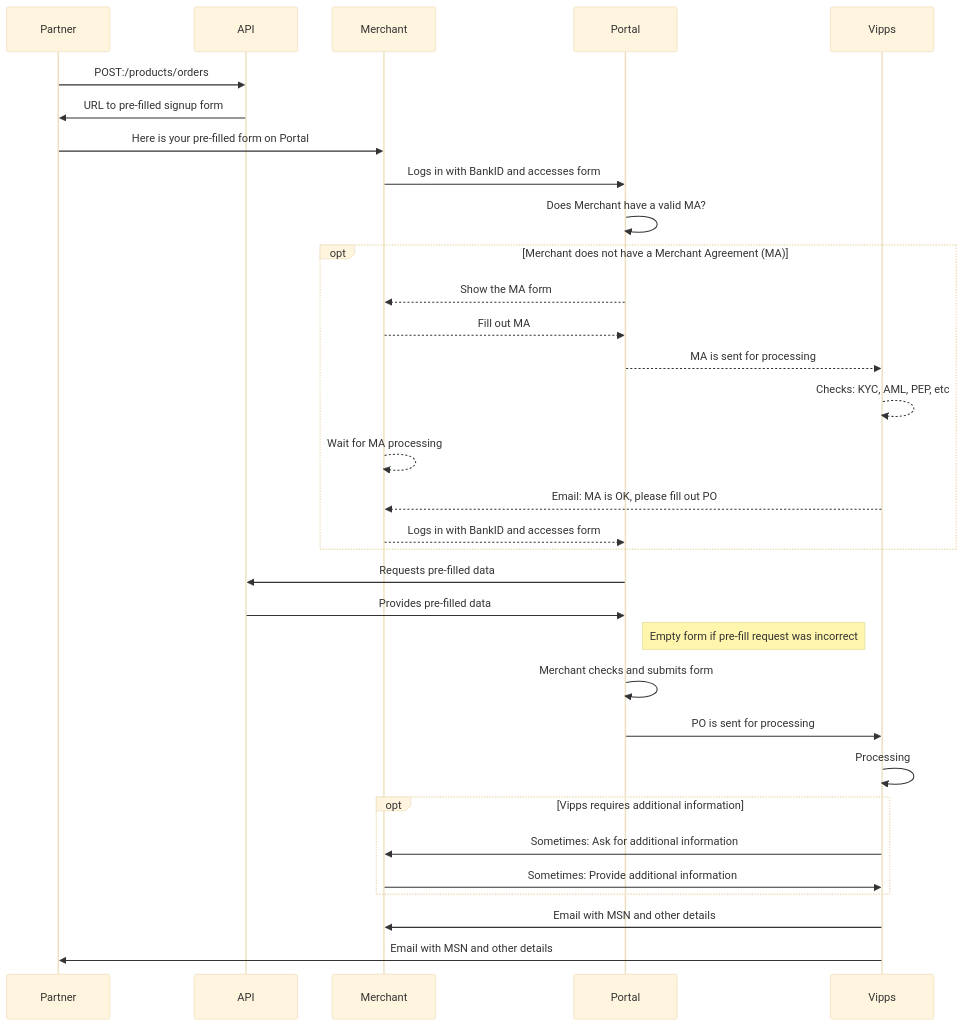
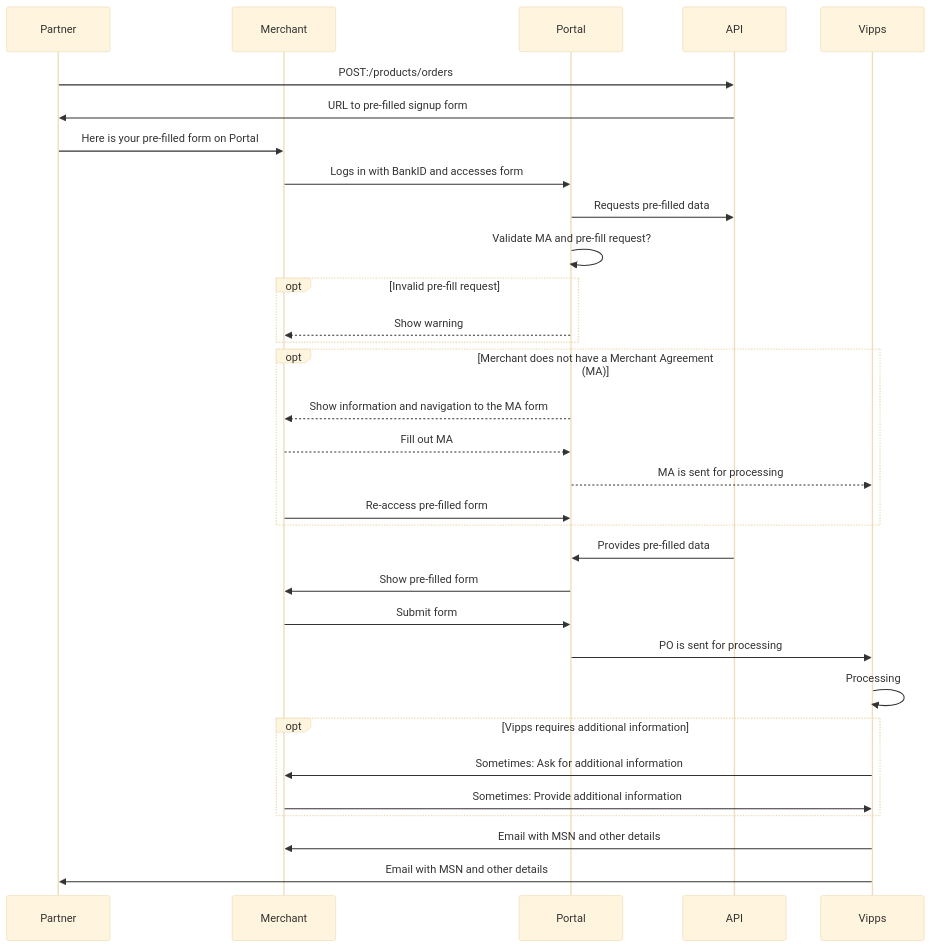
One commit to vippsas/vipps-partner-api changed the third of 3 diagrams in vipps-partner-api.md. Above: the diagram before and after it, drawn with Mermaid (base theme).

Commit message:
Updated sequence diagram

````diff
--- a/vipps-partner-api.md
+++ b/vipps-partner-api.md
@@ -223,34 +223,34 @@
 ```mermaid
 sequenceDiagram
     participant Partner
-    participant API
     participant Merchant
     participant Portal
+    participant API
     participant Vipps
     Partner->>API: POST:/products/orders
     API->>Partner: URL to pre-filled signup form
     Partner->>Merchant: Here is your pre-filled form on Portal
     Merchant->>Portal: Logs in with BankID and accesses form
-    Portal->>Portal: Does Merchant have a valid MA?
+    Portal->>API: Requests pre-filled data
+    Portal->>Portal: Validate MA and pre-fill request?
+    opt Invalid pre-fill request
+        Portal-->>Merchant: Show warning
+    end
     opt Merchant does not have a Merchant Agreement (MA)
-        Portal-->>Merchant: Show the MA form
+        Portal-->>Merchant: Show information and navigation to the MA form
         Merchant-->>Portal: Fill out MA
         Portal-->>Vipps: MA is sent for processing
-        Vipps-->>Vipps: Checks: KYC, AML, PEP, etc
-        Merchant-->>Merchant: Wait for MA processing
-        Vipps-->>Merchant: Email: MA is OK, please fill out PO
-        Merchant-->>Portal: Logs in with BankID and accesses form
+        Merchant->>Portal: Re-access pre-filled form
     end
-    Portal->>API: Requests pre-filled data
     API->>Portal: Provides pre-filled data
-    Note right of Portal: Empty form if pre-fill request was incorrect
-    Portal->>Portal: Merchant checks and submits form
+    Portal->>Merchant: Show pre-filled form
+    Merchant->>Portal: Submit form
     Portal->>Vipps: PO is sent for processing
     Vipps->>Vipps: Processing
     opt Vipps requires additional information
         Vipps->>Merchant: Sometimes: Ask for additional information
         Merchant->>Vipps: Sometimes: Provide additional information
     end
     Vipps->>Merchant: Email with MSN and other details
     Vipps->>Partner: Email with MSN and other details
 ```
````
